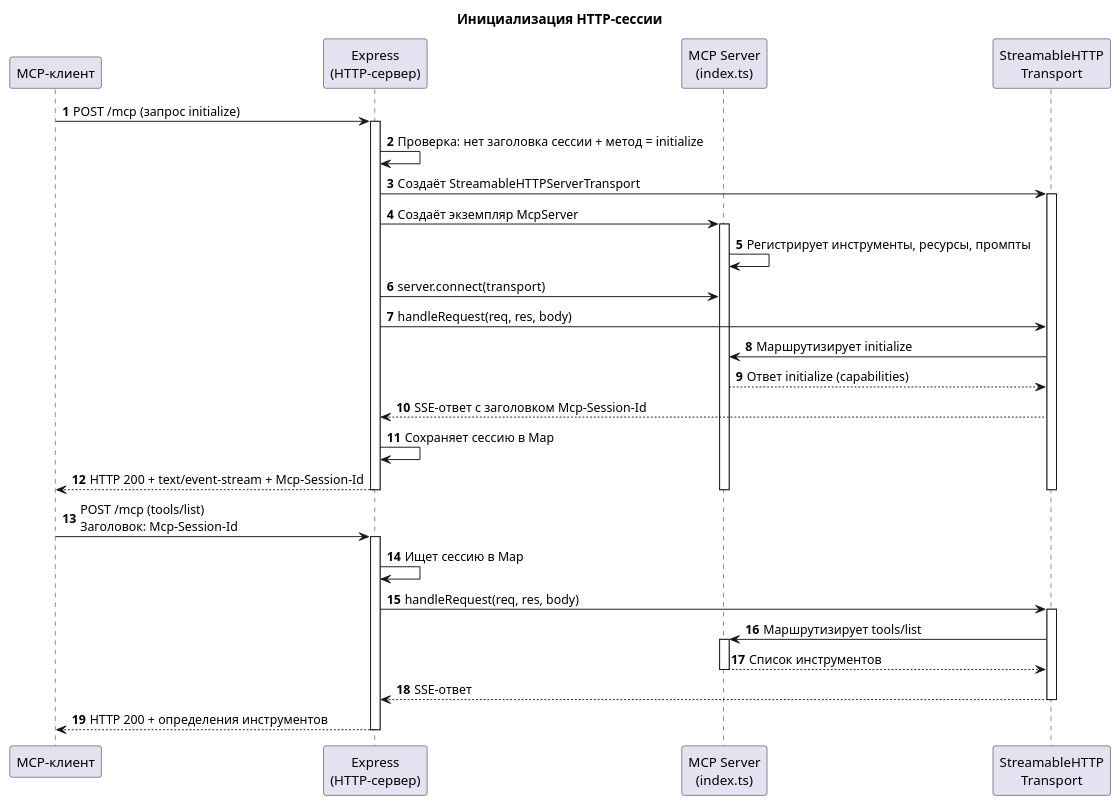
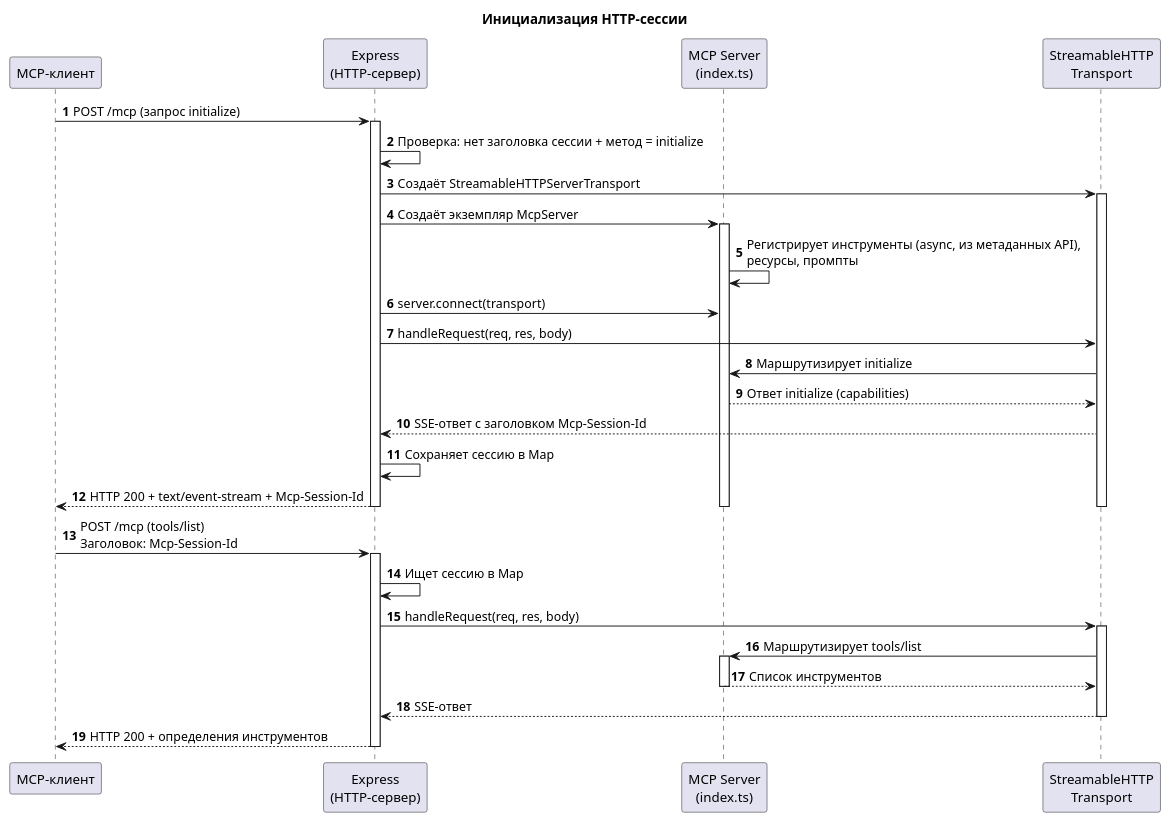
One commit to MunSunch/springinitializer-mcp changed the diagram in docs/diagrams/seq-http-initialization.puml. Above: the diagram before and after it, drawn with PlantUML. The commit also changed 2 other files, not shown here.

```diff
--- a/docs/diagrams/seq-http-initialization.puml
+++ b/docs/diagrams/seq-http-initialization.puml
@@ -1,49 +1,49 @@
 @startuml seq-http-initialization
 title Инициализация HTTP-сессии
 
 autonumber
 
 participant "MCP-клиент" as client
 participant "Express\n(HTTP-сервер)" as express
 participant "MCP Server\n(index.ts)" as server
 participant "StreamableHTTP\nTransport" as transport
 
 client -> express : POST /mcp (запрос initialize)
 activate express
 
 express -> express : Проверка: нет заголовка сессии + метод = initialize
 express -> transport : Создаёт StreamableHTTPServerTransport
 activate transport
 
 express -> server : Создаёт экземпляр McpServer
 activate server
-server -> server : Регистрирует инструменты, ресурсы, промпты
+server -> server : Регистрирует инструменты (async, из метаданных API),\nресурсы, промпты
 express -> server : server.connect(transport)
 
 express -> transport : handleRequest(req, res, body)
 transport -> server : Маршрутизирует initialize
 server --> transport : Ответ initialize (capabilities)
 transport --> express : SSE-ответ с заголовком Mcp-Session-Id
 
 express -> express : Сохраняет сессию в Map
 express --> client : HTTP 200 + text/event-stream + Mcp-Session-Id
 
 deactivate server
 deactivate transport
 deactivate express
 
 client -> express : POST /mcp (tools/list)\nЗаголовок: Mcp-Session-Id
 activate express
 express -> express : Ищет сессию в Map
 express -> transport : handleRequest(req, res, body)
 activate transport
 transport -> server : Маршрутизирует tools/list
 activate server
 server --> transport : Список инструментов
 deactivate server
 transport --> express : SSE-ответ
 deactivate transport
 express --> client : HTTP 200 + определения инструментов
 deactivate express
 
 @enduml
```
